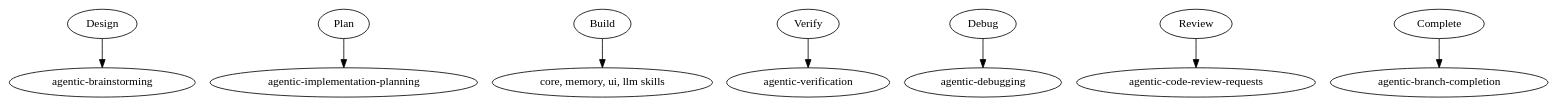
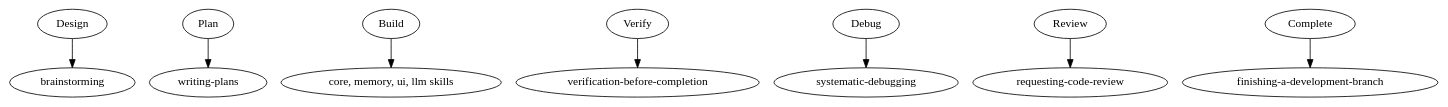
The diagram in skills/using-agentic-mvp-skills/SKILL.md (Kusanis/agentic-mvp-skills), drawn with Graphviz before and after one commit.

````diff
--- a/skills/using-agentic-mvp-skills/SKILL.md
+++ b/skills/using-agentic-mvp-skills/SKILL.md
@@ -33,11 +33,11 @@
 ```dot
 digraph agentic_workflow {
-    "Design" -> "agentic-brainstorming";
-    "Plan" -> "agentic-implementation-planning";
+    "Design" -> "brainstorming";
+    "Plan" -> "writing-plans";
     "Build" -> "core, memory, ui, llm skills";
-    "Verify" -> "agentic-verification";
-    "Debug" -> "agentic-debugging";
-    "Review" -> "agentic-code-review-requests";
-    "Complete" -> "agentic-branch-completion";
+    "Verify" -> "verification-before-completion";
+    "Debug" -> "systematic-debugging";
+    "Review" -> "requesting-code-review";
+    "Complete" -> "finishing-a-development-branch";
 }
 ```
````
